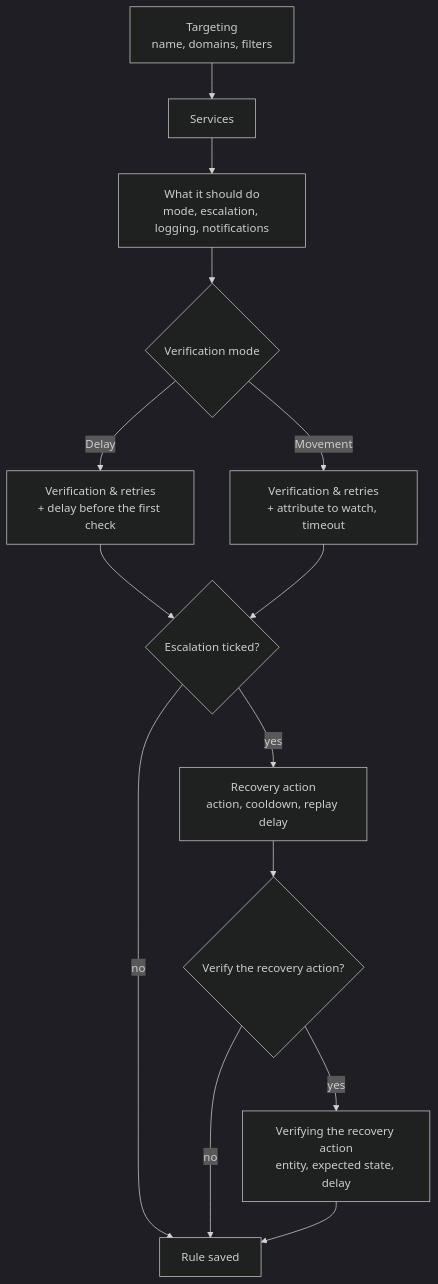
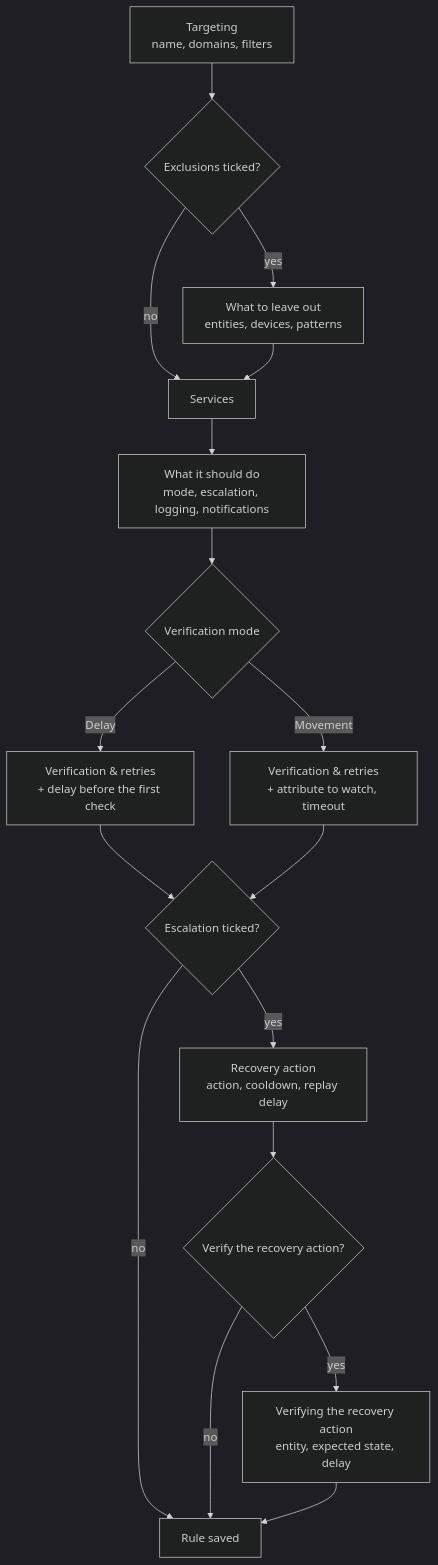
The third of 3 diagrams in docs/documentation.md (cddu33/ha-action_control), drawn with Mermaid (dark theme) before and after one commit. The commit also changed other lines of this file and 15 other files, not shown here.

````diff
--- a/docs/documentation.md
+++ b/docs/documentation.md
@@ -147,16 +152,19 @@
 ```mermaid
 flowchart TD
-    A["Targeting<br/>name, domains, filters"] --> B["Services"]
+    A["Targeting<br/>name, domains, filters"] --> A2{"Exclusions ticked?"}
+    A2 -->|no| B["Services"]
+    A2 -->|yes| A3["What to leave out<br/>entities, devices, patterns"]
+    A3 --> B
     B --> C["What it should do<br/>mode, escalation, logging, notifications"]
     C --> D{"Verification mode"}
     D -->|Delay| E["Verification & retries<br/>+ delay before the first check"]
     D -->|Movement| F["Verification & retries<br/>+ attribute to watch, timeout"]
     E --> G{"Escalation ticked?"}
     F --> G
     G -->|no| Z["Rule saved"]
     G -->|yes| H["Recovery action<br/>action, cooldown, replay delay"]
     H --> I{"Verify the recovery action?"}
     I -->|no| Z
     I -->|yes| J["Verifying the recovery action<br/>entity, expected state, delay"]
     J --> Z
 ```
````
